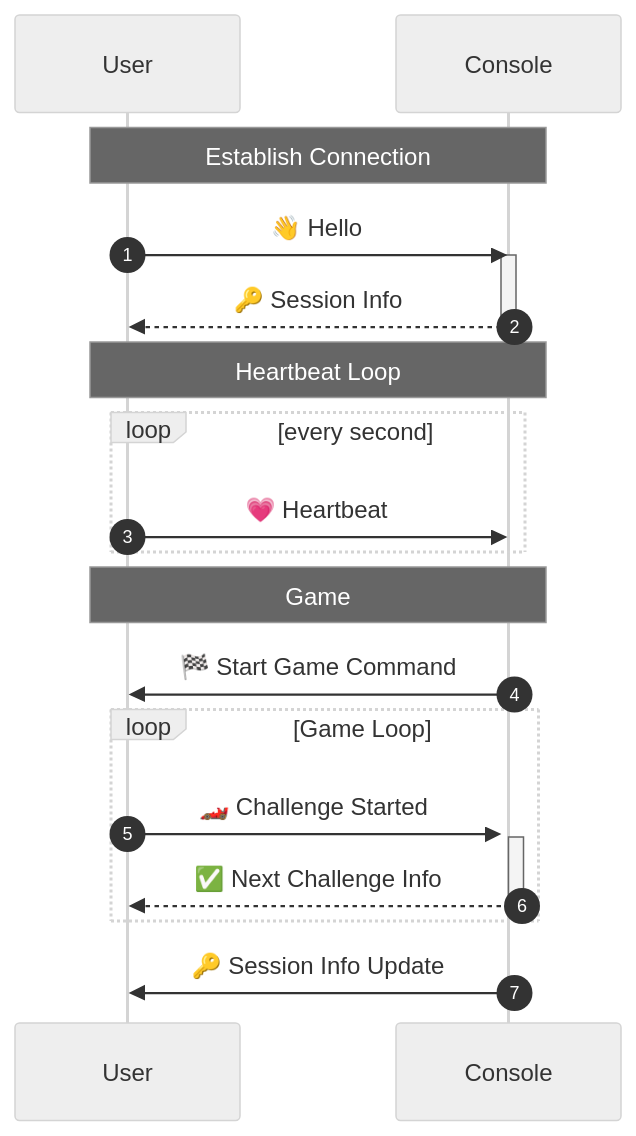
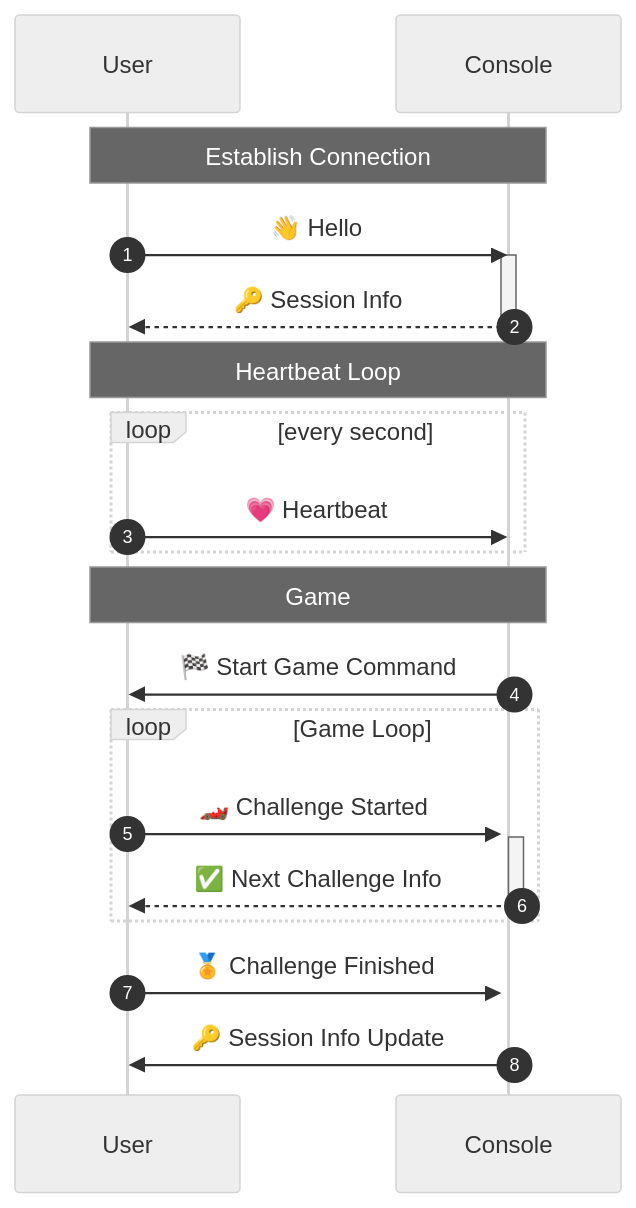
Before and after one commit to jiachenyee/ExploreAbility: the diagram in Communication.md, drawn with Mermaid (neutral theme). The commit also changed other lines of this file, not shown here.

````diff
--- a/Communication.md
+++ b/Communication.md
@@ -4,30 +4,31 @@
 ```mermaid
 sequenceDiagram
     autonumber
     participant U as User
     participant C as Console
     
     Note over U, C: Establish Connection
     U->>C: 👋 Hello
     activate C
     C-->>U: 🔑 Session Info
     deactivate C
     
     Note over U, C: Heartbeat Loop
     loop every second
         U->>C: 💗 Heartbeat
         activate C
     end
     
     Note over U, C: Game
     C->>U: 🏁 Start Game Command
     
     loop Game Loop
         U->>C: 🏎️ Challenge Started
         activate C
         C-->>U: ✅ Next Challenge Info
         deactivate C
     end
     
+    U->>C: 🏅 Challenge Finished
     C->>U: 🔑 Session Info Update
 ```
````
